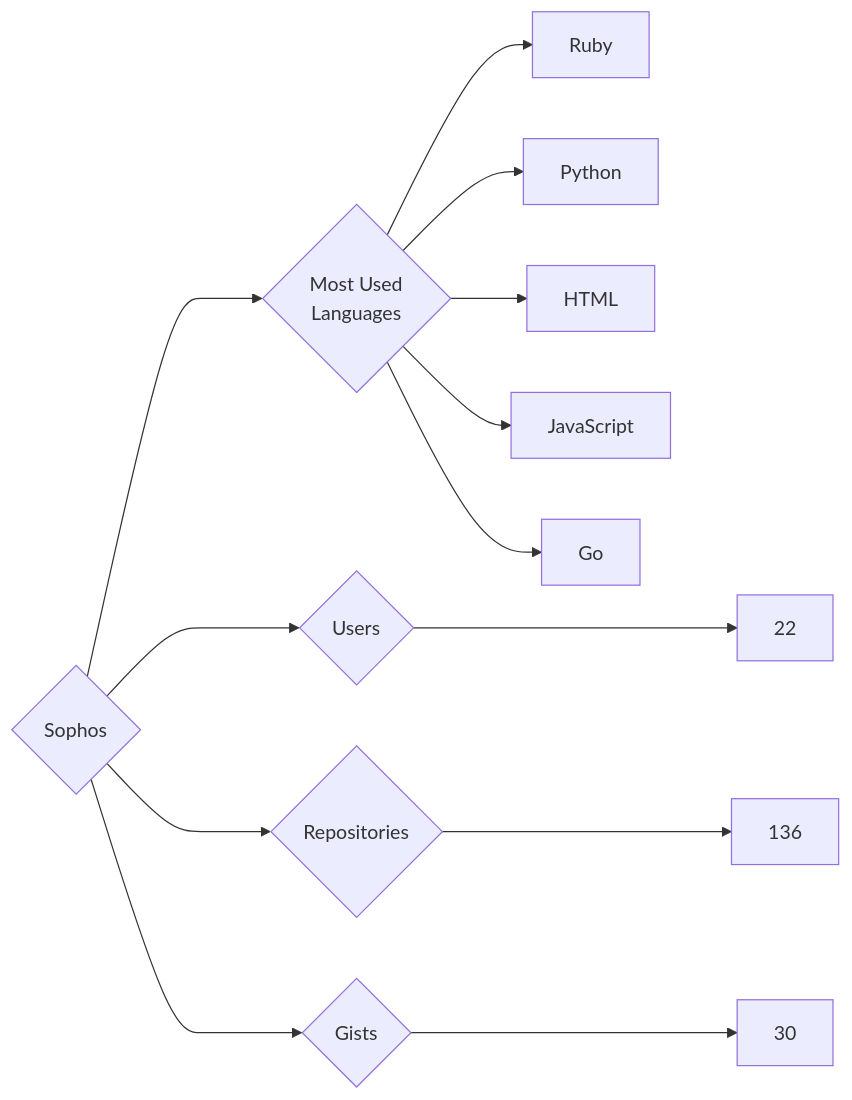
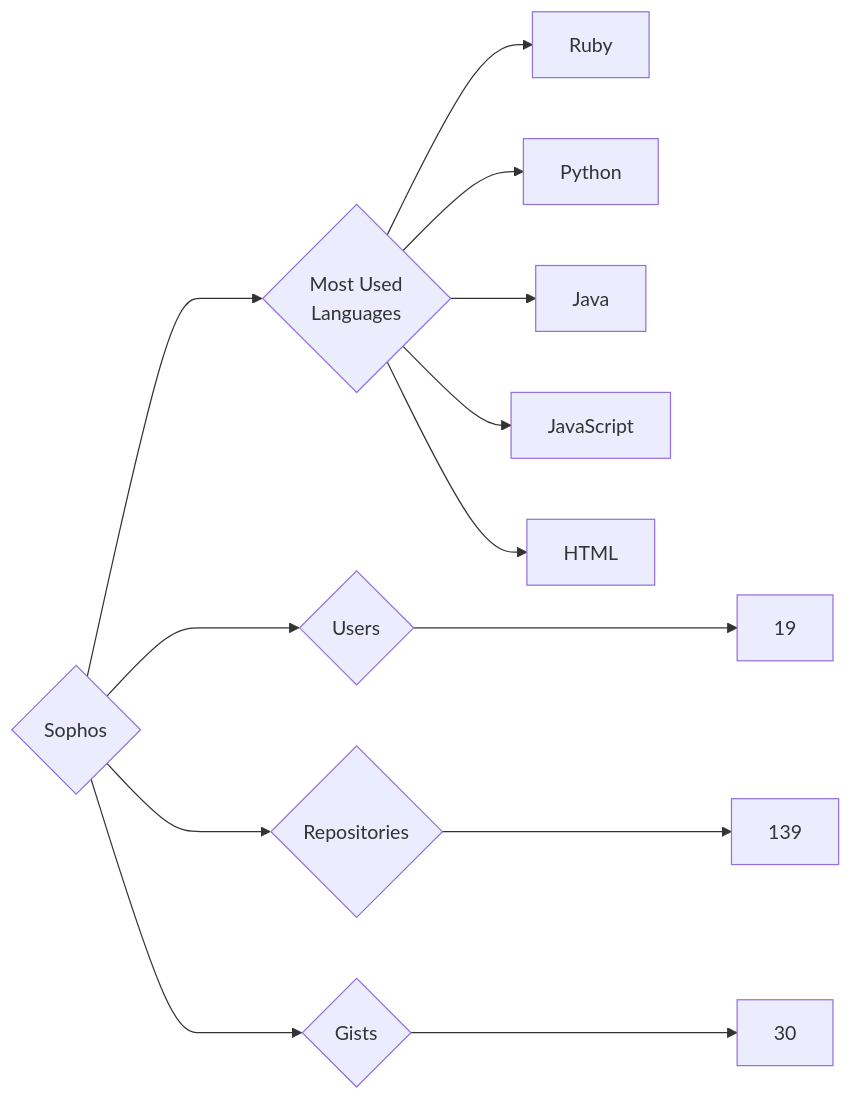
The diagram in targets/Sophos/README.md (trickest/insiders), drawn with Mermaid before and after one commit. The commit also changed 970 other files, not shown here.

````diff
--- a/targets/Sophos/README.md
+++ b/targets/Sophos/README.md
@@ -3,13 +3,13 @@
 ```mermaid
 graph LR
 COMPANY_NAME{Sophos}
-COMPANY_NAME ---> U{Users} ---> UN[22]
-COMPANY_NAME ---> R{Repositories} ---> RN[136]
+COMPANY_NAME ---> U{Users} ---> UN[19]
+COMPANY_NAME ---> R{Repositories} ---> RN[139]
 COMPANY_NAME ---> G{Gists} ---> GN[30]
 COMPANY_NAME ---> ML{Most Used<br>Languages}
 ML --> Ruby[Ruby]
 ML --> Python[Python]
+ML --> Java[Java]
+ML --> JavaScript[JavaScript]
 ML --> HTML[HTML]
-ML --> JavaScript[JavaScript]
-ML --> Go[Go]
 ```
````
